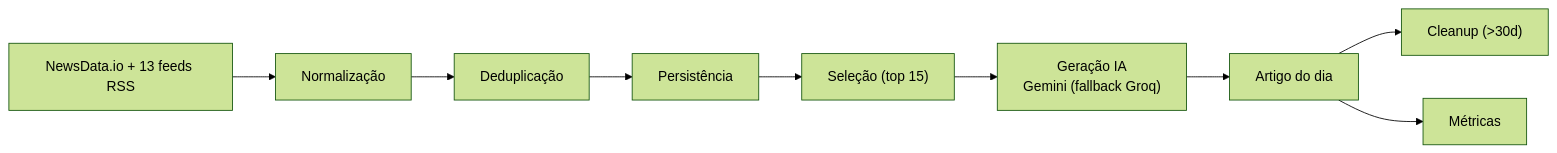
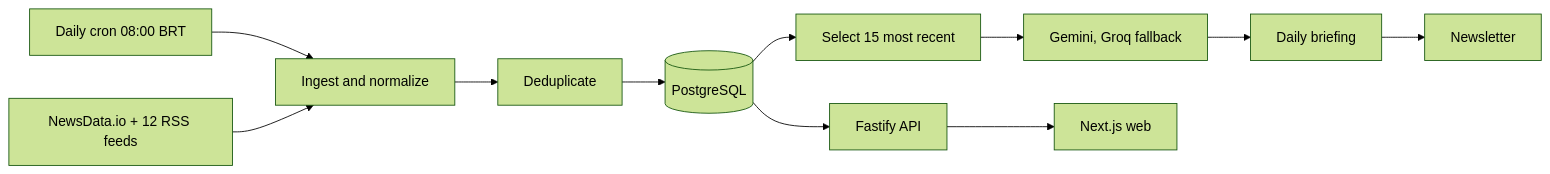
The diagram in README.md (tavinholoco/newra-news), drawn with Mermaid (forest theme) before and after one commit. The commit also changed other lines of this file and 2 other files, not shown here.

````diff
--- a/README.md
+++ b/README.md
@@ -36,11 +76,13 @@
 ```mermaid
 flowchart LR
-    A["NewsData.io + 13 feeds RSS"] --> B["Normalização"]
-    B --> C["Deduplicação"]
-    C --> D["Persistência"]
-    D --> E["Seleção (top 15)"]
-    E --> F["Geração IA<br/>Gemini (fallback Groq)"]
-    F --> G["Artigo do dia"]
-    G --> H["Cleanup (>30d)"]
-    G --> I["Métricas"]
+    CRON["Daily cron 08:00 BRT"] --> ING[Ingest and normalize]
+    SRC["NewsData.io + 12 RSS feeds"] --> ING
+    ING --> DEDUP[Deduplicate]
+    DEDUP --> DB[(PostgreSQL)]
+    DB --> SEL[Select 15 most recent]
+    SEL --> AI["Gemini, Groq fallback"]
+    AI --> ART[Daily briefing]
+    ART --> MAIL[Newsletter]
+    DB --> API[Fastify API]
+    API --> WEB[Next.js web]
 ```
````
